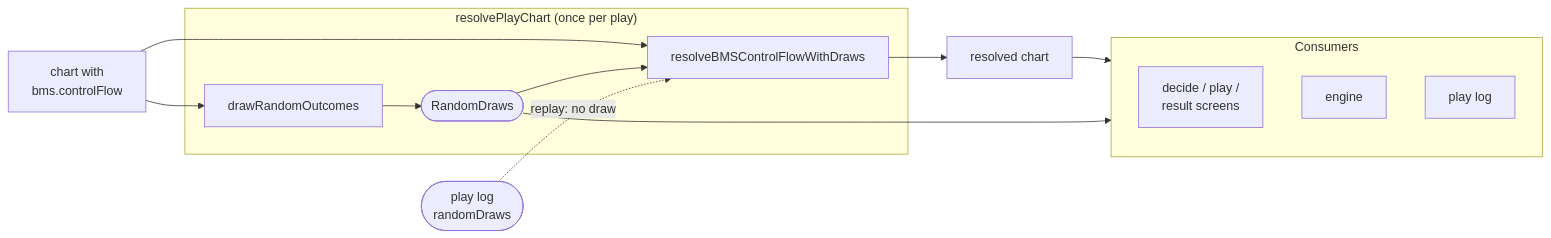
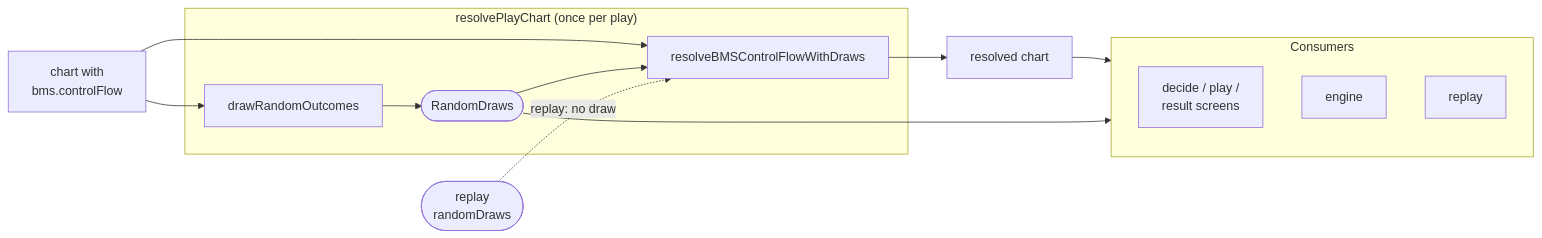
Before and after one commit to nulltask/be-music: the second of 4 diagrams in docs/player-spec.md, drawn with Mermaid. The commit also changed other lines of this file and 603 other files, not shown here.

Commit message:
refactor: align chart, replay, and judgment terminology

````diff
--- a/docs/player-spec.md
+++ b/docs/player-spec.md
@@ -160,21 +160,21 @@
 ```mermaid
 flowchart LR
   src["chart with<br/>bms.controlFlow"]
   subgraph rpc["resolvePlayChart (once per play)"]
     draw["drawRandomOutcomes"] --> draws(["RandomDraws"])
     resolve["resolveBMSControlFlowWithDraws"]
   end
-  log(["play log<br/>randomDraws"])
+  log(["replay<br/>randomDraws"])
   src --> draw
   src --> resolve
   draws --> resolve
   log -.->|"replay: no draw"| resolve
   resolve --> chart["resolved chart"]
   subgraph users["Consumers"]
     screens["decide / play /<br/>result screens"]
     engine["engine"]
-    record["play log"]
+    record["replay"]
   end
   chart --> users
   draws --> users
 ```
````
